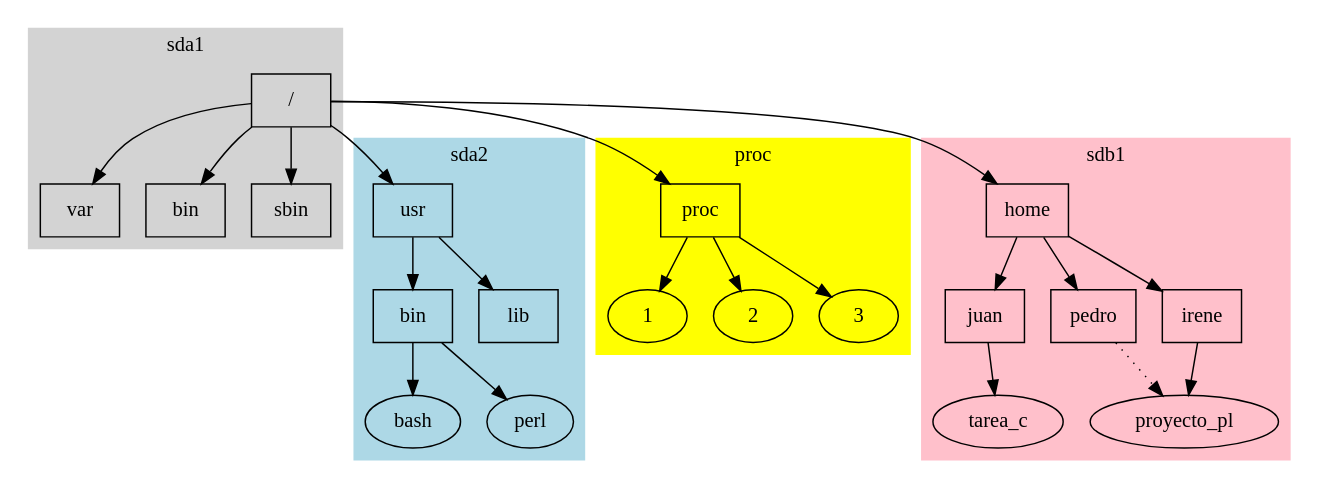
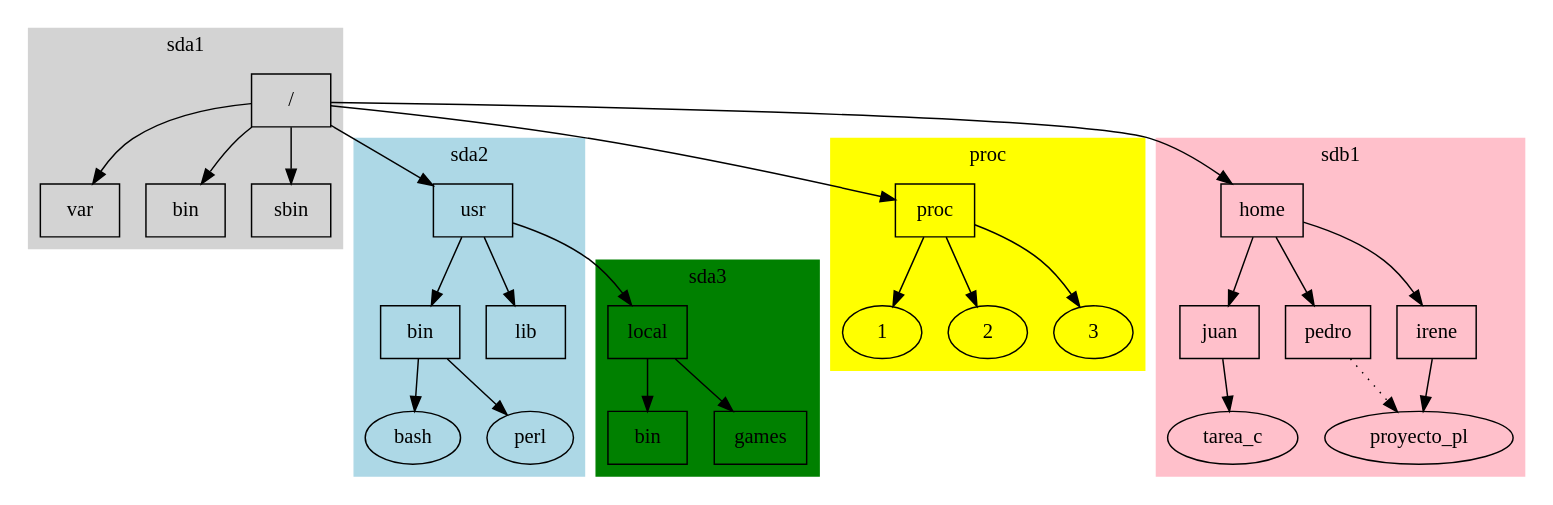
Before and after one commit to gwolf/sistop: the fifth of 14 diagrams in notas/05_sistemas_de_archivos.org, drawn with Graphviz. The commit also changed other lines of this file, not shown here.

```diff
--- a/notas/05_sistemas_de_archivos.org
+++ b/notas/05_sistemas_de_archivos.org
@@ -1165,59 +1165,71 @@
 #+begin_src dot :exports results :file ltxpng/puntos_de_montaje.png
   digraph G {
           rankdir = TB;
-          subgraph cluster0 {
+          subgraph cluster_root {
                   label = "sda1";
                   color = lightgray;
                   style = filled;
                   root -> var;
                   root -> bin;
                   root -> sbin;
           }
-          subgraph cluster1 {
+          subgraph cluster_sda2 {
                   label = "sda2";
                   color = lightblue;
                   style = filled;
                   usr -> usrbin;
                   usr -> usrlib;
                   usrbin -> bash;
                   usrbin -> perl;
           }
-          subgraph cluster2 {
+          subgraph cluster_proc {
                   label="proc"
                   color=yellow;
                   style=filled;
                   proc -> 1;
                   proc -> 2;
                   proc -> 3;
           }
-          subgraph cluster3 {
+          subgraph cluster_sdb1 {
                   label = "sdb1";
                   color = pink;
                   style = filled;
                   home -> juan;
                   home -> pedro;
                   home -> irene;
                   juan -> tarea_c;
                   pedro -> proyecto_pl [style=dotted];
                   irene -> proyecto_pl;
           }
+          subgraph cluster_sda3 {
+                   label = "sda3"
+                   color = green;
+                   style = filled;
+                   usrlocal -> locbin;
+                   usrlocal -> locgames;
+          }
           
           root -> proc;
           root -> home;
           root -> usr;
+          usr -> usrlocal;
           
           root [shape=box, label="/"];
           bin [shape=box];
           sbin [shape=box];
           usr [shape=box];
           proc [shape=box];
           var [shape=box];
           home [shape=box];
           usrbin [shape=box, label="bin"];
           usrlib [shape=box, label="lib"];
           juan [shape=box];
           pedro [shape=box];
           irene [shape=box];
+          usrlocal [shape=box, label="local"];
+          locgames [shape=box, label="games"];
+          locbin [shape=box, label="bin"];
   }
   
+    
 #+end_src
```
